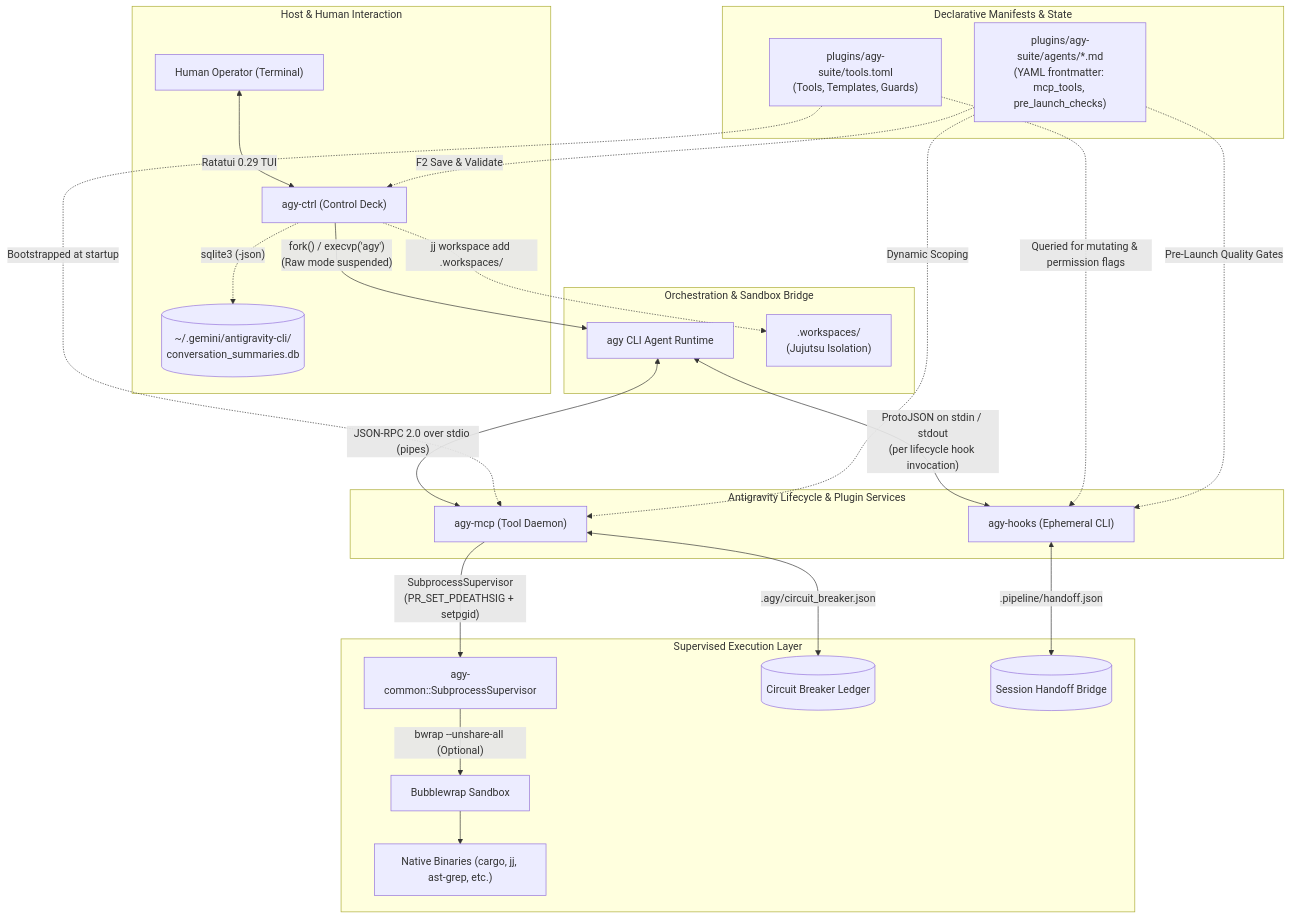
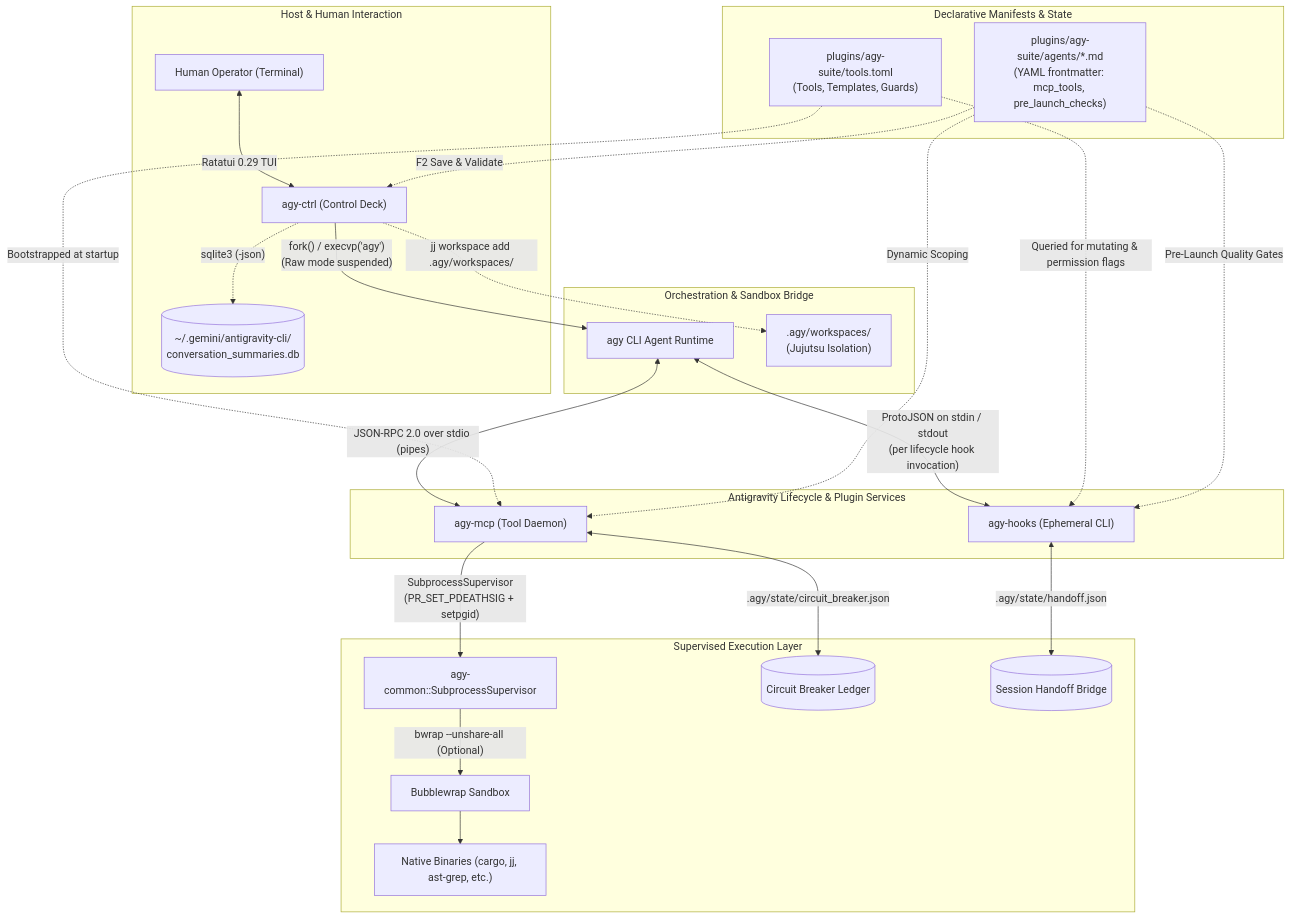
Before and after one commit to JeronimoCapelle/TorqKage: the diagram in README.md, drawn with Mermaid. The commit also changed other lines of this file and 24 other files, not shown here.

Commit message:
refactor(state): migrate to unified .agy state vault and decouple agy-mcp from agy-hooks

````diff
--- a/README.md
+++ b/README.md
@@ -45,33 +45,33 @@
 ```mermaid
 flowchart TD
     subgraph Host ["Host & Human Interaction"]
         Operator["Human Operator (Terminal)"] <-->|"Ratatui 0.29 TUI"| Ctrl["agy-ctrl (Control Deck)"]
         Ctrl -.->|"sqlite3 (-json)"| SQLite[("~/.gemini/antigravity-cli/\nconversation_summaries.db")]
     end
 
     subgraph RuntimeBridge ["Orchestration & Sandbox Bridge"]
         Ctrl -->|"fork() / execvp('agy')\n(Raw mode suspended)"| AgyCLI["agy CLI Agent Runtime"]
-        Ctrl -.->|"jj workspace add .workspaces/<agent>"| JJWorkspaces[".workspaces/<agent>\n(Jujutsu Isolation)"]
+        Ctrl -.->|"jj workspace add .agy/workspaces/<agent>"| JJWorkspaces[".agy/workspaces/<agent>\n(Jujutsu Isolation)"]
     end
 
     subgraph PluginServices ["Antigravity Lifecycle & Plugin Services"]
         AgyCLI <-->|"JSON-RPC 2.0 over stdio (pipes)"| MCPDaemon["agy-mcp (Tool Daemon)"]
         AgyCLI <-->|"ProtoJSON on stdin / stdout\n(per lifecycle hook invocation)"| HooksRunner["agy-hooks (Ephemeral CLI)"]
     end
 
     subgraph DeclarativeState ["Declarative Manifests & State"]
         ToolsTOML["plugins/agy-suite/tools.toml\n(Tools, Templates, Guards)"] -.->|"Bootstrapped at startup"| MCPDaemon
         ToolsTOML -.->|"Queried for mutating & permission flags"| HooksRunner
         AgentMD["plugins/agy-suite/agents/*.md\n(YAML frontmatter: mcp_tools, pre_launch_checks)"] -.->|"Dynamic Scoping"| MCPDaemon
         AgentMD -.->|"Pre-Launch Quality Gates"| HooksRunner
         AgentMD -.->|"F2 Save & Validate"| Ctrl
     end
 
     subgraph ExecutionLayer ["Supervised Execution Layer"]
         MCPDaemon -->|"SubprocessSupervisor\n(PR_SET_PDEATHSIG + setpgid)"| Supervisor["agy-common::SubprocessSupervisor"]
         Supervisor -->|"bwrap --unshare-all (Optional)"| BwrapJail["Bubblewrap Sandbox"]
         BwrapJail --> NativeTools["Native Binaries (cargo, jj, ast-grep, etc.)"]
-        MCPDaemon <-->|".agy/circuit_breaker.json"| CircuitBreaker[("Circuit Breaker Ledger")]
-        HooksRunner <-->|".pipeline/handoff.json"| HandoffState[("Session Handoff Bridge")]
+        MCPDaemon <-->|".agy/state/circuit_breaker.json"| CircuitBreaker[("Circuit Breaker Ledger")]
+        HooksRunner <-->|".agy/state/handoff.json"| HandoffState[("Session Handoff Bridge")]
     end
 ```
````
